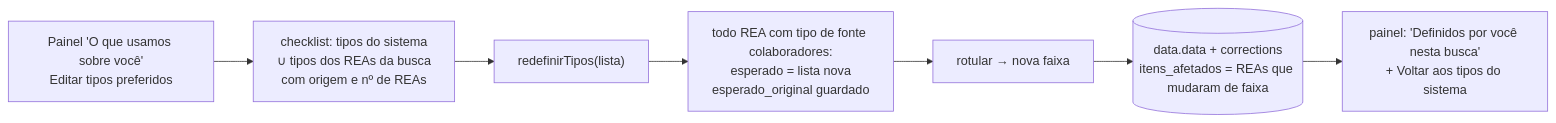
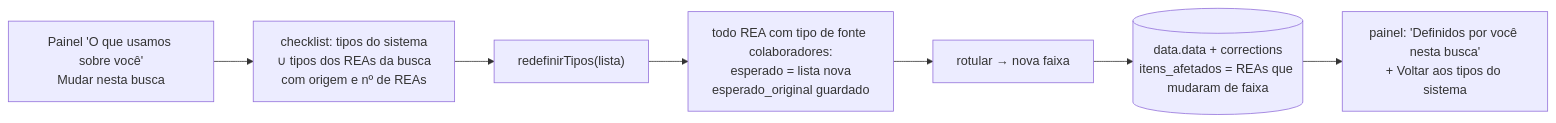
Diagram 21 of 25 in docs/fluxos-transparencia.md (razimbrao/sis-read), drawn with Mermaid before and after one commit. The commit also changed other lines of this file and 11 other files, not shown here.

````diff
--- a/docs/fluxos-transparencia.md
+++ b/docs/fluxos-transparencia.md
@@ -670,9 +670,9 @@
 ```mermaid
 flowchart LR
-    A["Painel 'O que usamos sobre você'<br/>Editar tipos preferidos"] --> B["checklist: tipos do sistema<br/>∪ tipos dos REAs da busca<br/>com origem e nº de REAs"]
+    A["Painel 'O que usamos sobre você'<br/>Mudar nesta busca"] --> B["checklist: tipos do sistema<br/>∪ tipos dos REAs da busca<br/>com origem e nº de REAs"]
     B --> C["redefinirTipos(lista)"]
     C --> D["todo REA com tipo de fonte colaboradores:<br/>esperado = lista nova<br/>esperado_original guardado"]
     D --> E["rotular → nova faixa"]
     E --> F[("data.data + corrections<br/>itens_afetados = REAs que mudaram de faixa")]
     F --> G["painel: 'Definidos por você nesta busca'<br/>+ Voltar aos tipos do sistema"]
 ```
````
